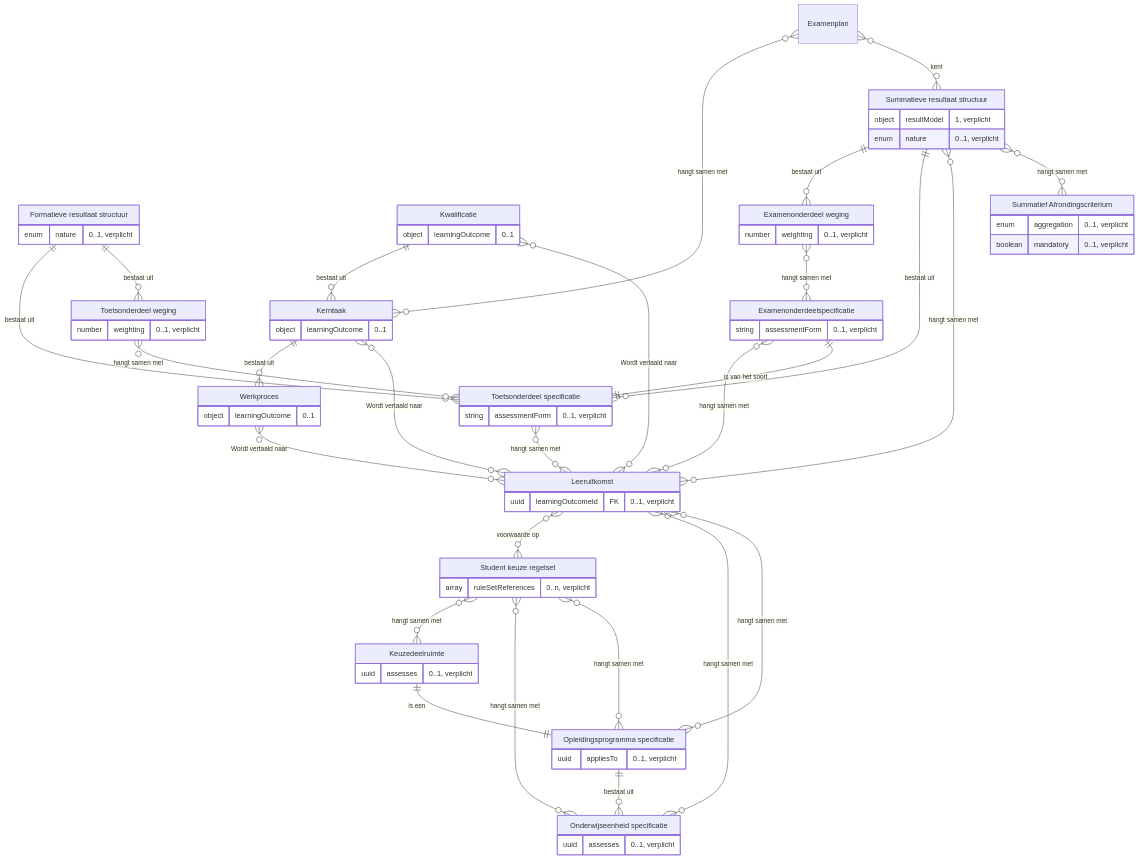
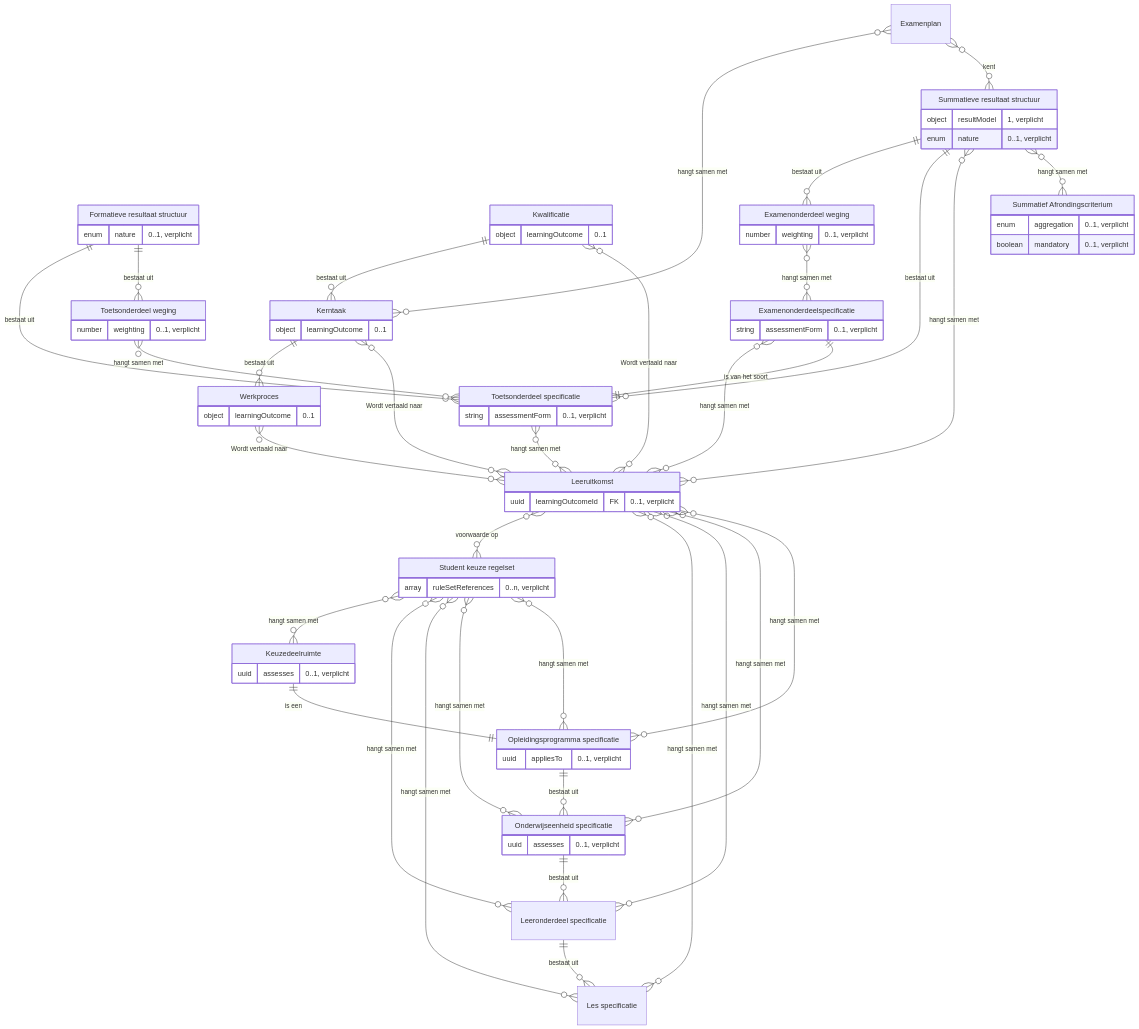
One commit to Npuls-OKx/meta changed diagram 16 of 16 in architecture/docs/specificatie/interactie-onderwijsaanbod/is-oa-01.md. Above: the diagram before and after it, drawn with Mermaid. The commit also changed other lines of this file and 1 other file, not shown here.

````diff
--- a/architecture/docs/specificatie/interactie-onderwijsaanbod/is-oa-01.md
+++ b/architecture/docs/specificatie/interactie-onderwijsaanbod/is-oa-01.md
@@ -573,6 +659,8 @@
     "Formatieve resultaat structuur" ||--o{ "Toetsonderdeel weging" : "bestaat uit"
     "Kerntaak" ||--o{ "Werkproces" : "bestaat uit"
     "Kwalificatie" ||--o{ "Kerntaak" : "bestaat uit"
+    "Leeronderdeel specificatie" ||--o{ "Les specificatie" : "bestaat uit"
+    "Onderwijseenheid specificatie" ||--o{ "Leeronderdeel specificatie" : "bestaat uit"
     "Opleidingsprogramma specificatie" ||--o{ "Onderwijseenheid specificatie" : "bestaat uit"
     "Summatieve resultaat structuur" ||--o{ "Examenonderdeel weging" : "bestaat uit"
     "Summatieve resultaat structuur" ||--o{ "Toetsonderdeel specificatie" : "bestaat uit"
@@ -582,10 +670,14 @@
     "Examenplan" }o--o{ "Summatieve resultaat structuur" : "kent"
     "Kerntaak" }o--o{ "Leeruitkomst" : "Wordt vertaald naar"
     "Kwalificatie" }o--o{ "Leeruitkomst" : "Wordt vertaald naar"
+    "Leeronderdeel specificatie" }o--o{ "Leeruitkomst" : "hangt samen met"
     "Leeruitkomst" }o--o{ "Student keuze regelset" : "voorwaarde op"
+    "Les specificatie" }o--o{ "Leeruitkomst" : "hangt samen met"
     "Onderwijseenheid specificatie" }o--o{ "Leeruitkomst" : "hangt samen met"
     "Opleidingsprogramma specificatie" }o--o{ "Leeruitkomst" : "hangt samen met"
     "Student keuze regelset" }o--o{ "Keuzedeelruimte" : "hangt samen met"
+    "Student keuze regelset" }o--o{ "Leeronderdeel specificatie" : "hangt samen met"
+    "Student keuze regelset" }o--o{ "Les specificatie" : "hangt samen met"
     "Student keuze regelset" }o--o{ "Onderwijseenheid specificatie" : "hangt samen met"
     "Student keuze regelset" }o--o{ "Opleidingsprogramma specificatie" : "hangt samen met"
     "Summatieve resultaat structuur" }o--o{ "Leeruitkomst" : "hangt samen met"
@@ -643,4 +735,6 @@
     "Student keuze regelset" {
         array ruleSetReferences "0..n, verplicht"
     }
+    "Leeronderdeel specificatie" { }
+    "Les specificatie" { }
 ```
````
